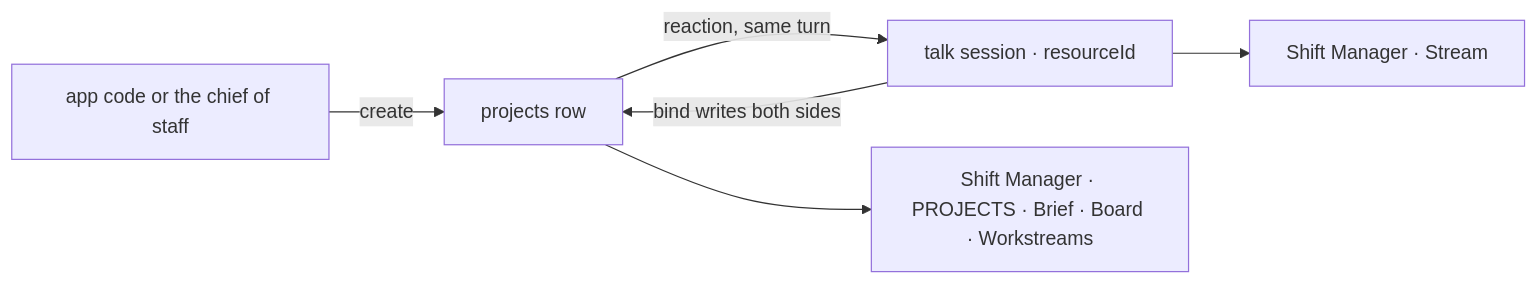
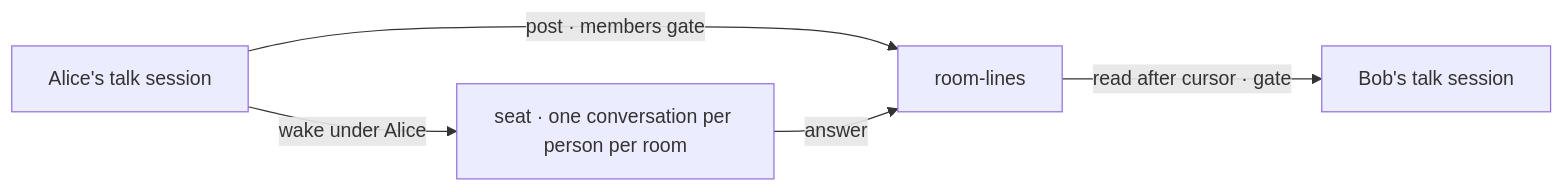
Before and after one commit to fixpoint-labs/flow-state-dev: the second of 2 diagrams in specs/issues/FIX-1718/SPEC.md, drawn with Mermaid. The commit also changed other lines of this file and 7 other files, not shown here.

````diff
--- a/specs/issues/FIX-1718/SPEC.md
+++ b/specs/issues/FIX-1718/SPEC.md
@@ -89,8 +87,7 @@
 ```mermaid
 flowchart LR
-  A["app code or the chief of staff"] -->|"create"| R["projects row"]
-  R -->|"reaction, same turn"| M["talk session · resourceId"]
-  M -->|"bind writes both sides"| R
-  R --> S["Shift Manager · PROJECTS · Brief · Board · Workstreams"]
-  M --> X["Shift Manager · Stream"]
+  A["Alice's talk session"] -->|"post · members gate"| L["room-lines"]
+  A -->|"wake under Alice"| S["seat · one conversation per person per room"]
+  S -->|"answer"| L
+  L -->|"read after cursor · gate"| B["Bob's talk session"]
 ```
````
